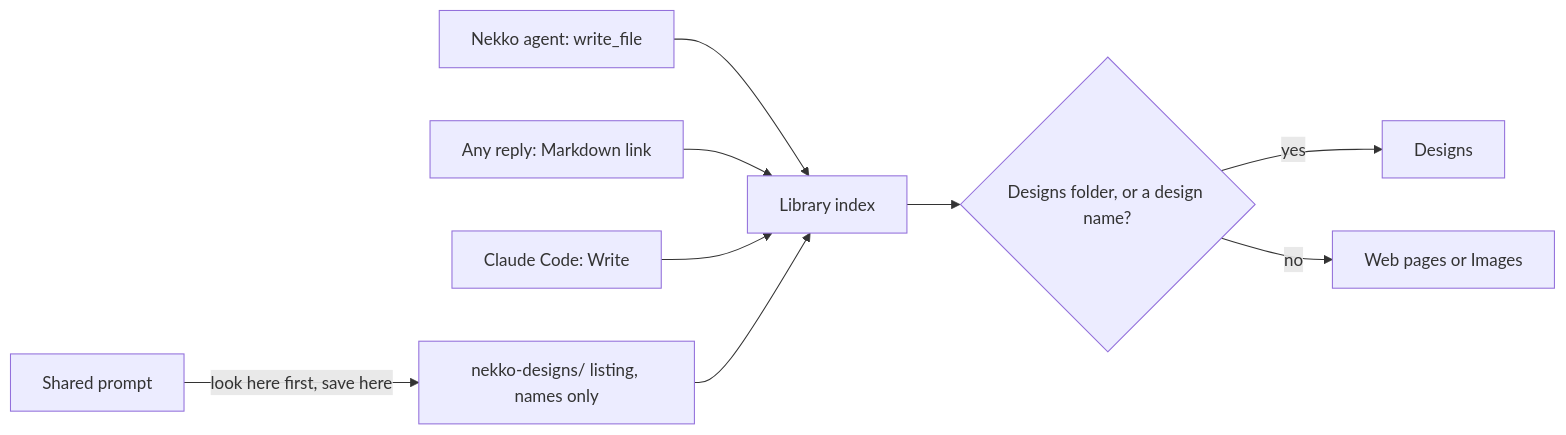
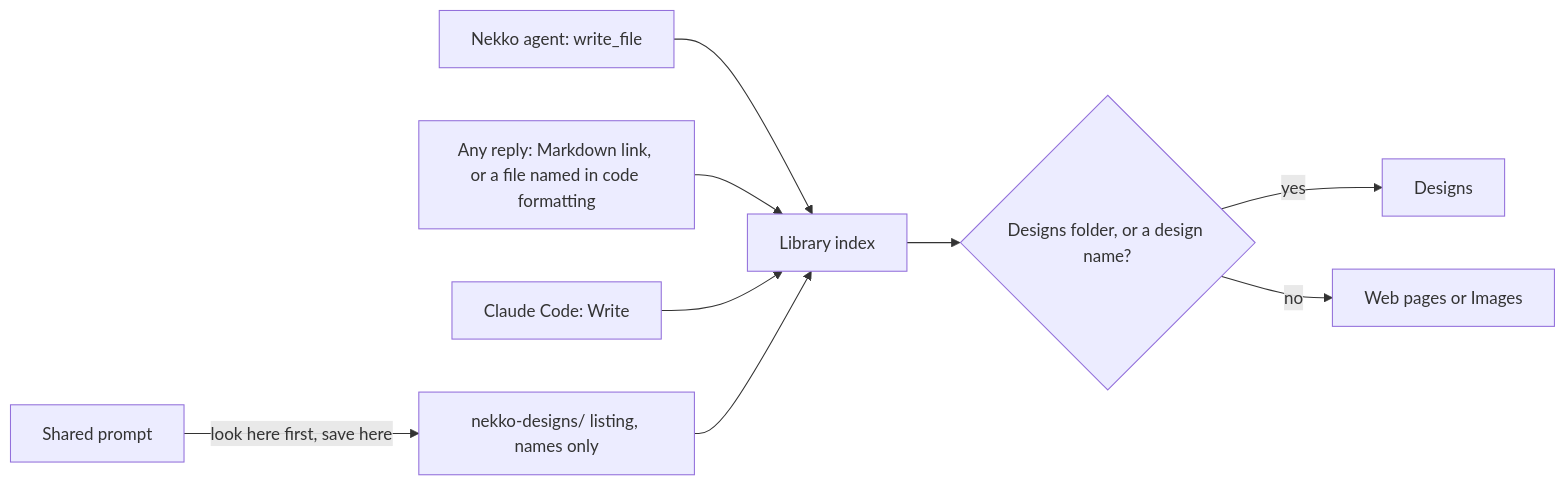
The second of 2 diagrams in reports/design-canvases-for-agents-2026-11-12.md (nekko-labs/nekko-agent), drawn with Mermaid before and after one commit. The commit also changed other lines of this file and 3 other files, not shown here.

First line of the commit message:
Library designs: account for files named in code formatting now counting as links

````diff
--- a/reports/design-canvases-for-agents-2026-11-12.md
+++ b/reports/design-canvases-for-agents-2026-11-12.md
@@ -67,11 +67,11 @@
 ```mermaid
 flowchart LR
   N[Nekko agent: write_file] --> I[Library index]
-  L[Any reply: Markdown link] --> I
+  L[Any reply: Markdown link, or a file named in code formatting] --> I
   C[Claude Code: Write] --> I
   F[nekko-designs/ listing, names only] --> I
   I --> D{Designs folder, or a design name?}
   D -- yes --> G[Designs]
   D -- no --> W[Web pages or Images]
   P[Shared prompt] -- look here first, save here --> F
 ```
````
